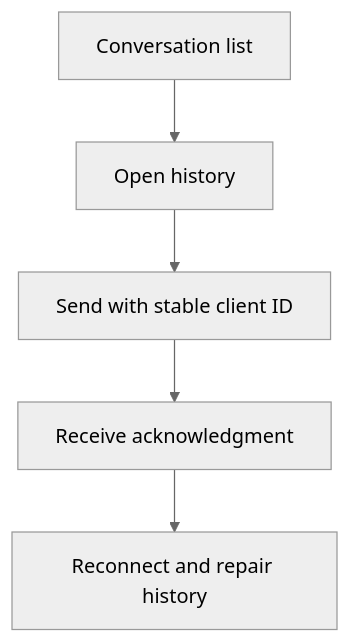
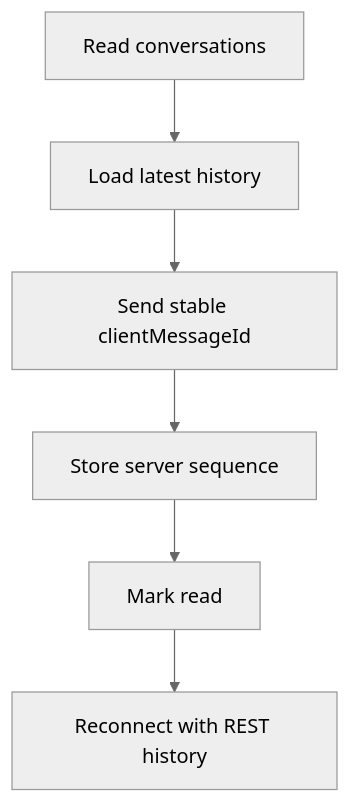
The diagram in docs/handovers/M08.md (thams-geth/dogdating-api), drawn with Mermaid (neutral theme) before and after one commit. The commit also changed other lines of this file and 24 other files, not shown here.

````diff
--- a/docs/handovers/M08.md
+++ b/docs/handovers/M08.md
@@ -15,12 +15,14 @@
 ```mermaid
 flowchart TD
-  S0["Conversation list"]
-  S1["Open history"]
-  S2["Send with stable client ID"]
-  S3["Receive acknowledgment"]
-  S4["Reconnect and repair history"]
+  S0["Read conversations"]
+  S1["Load latest history"]
+  S2["Send stable clientMessageId"]
+  S3["Store server sequence"]
+  S4["Mark read"]
+  S5["Reconnect with REST history"]
   S0 --> S1
   S1 --> S2
   S2 --> S3
   S3 --> S4
+  S4 --> S5
 ```
````
